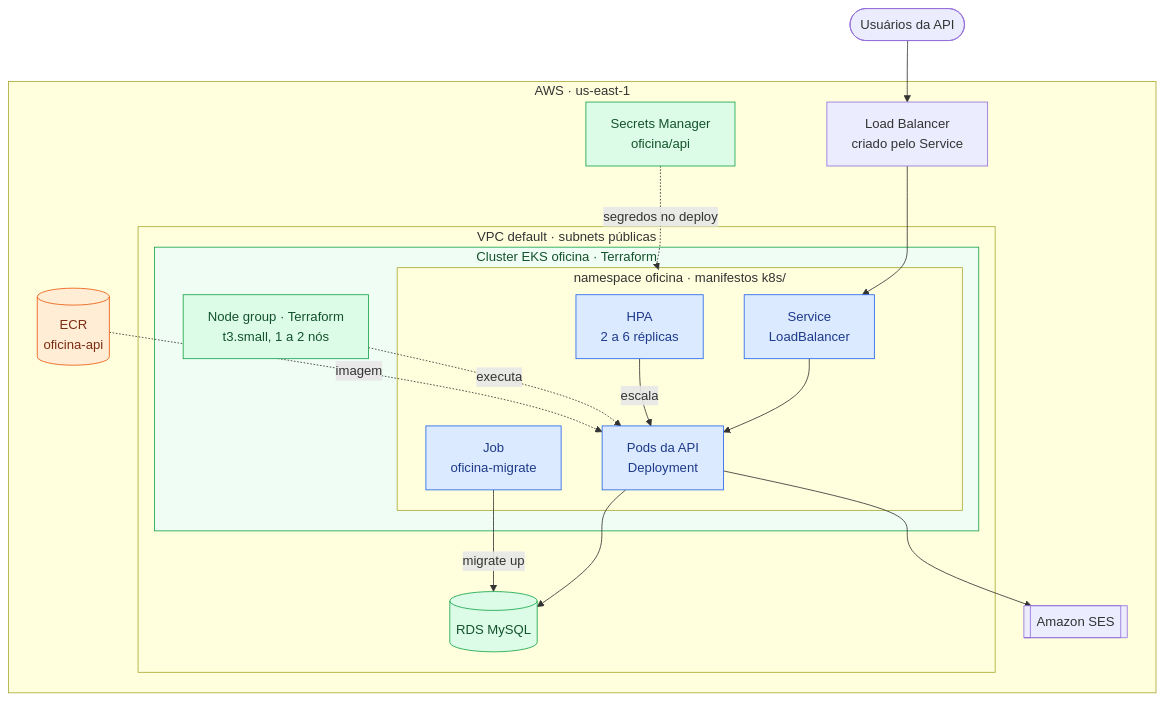
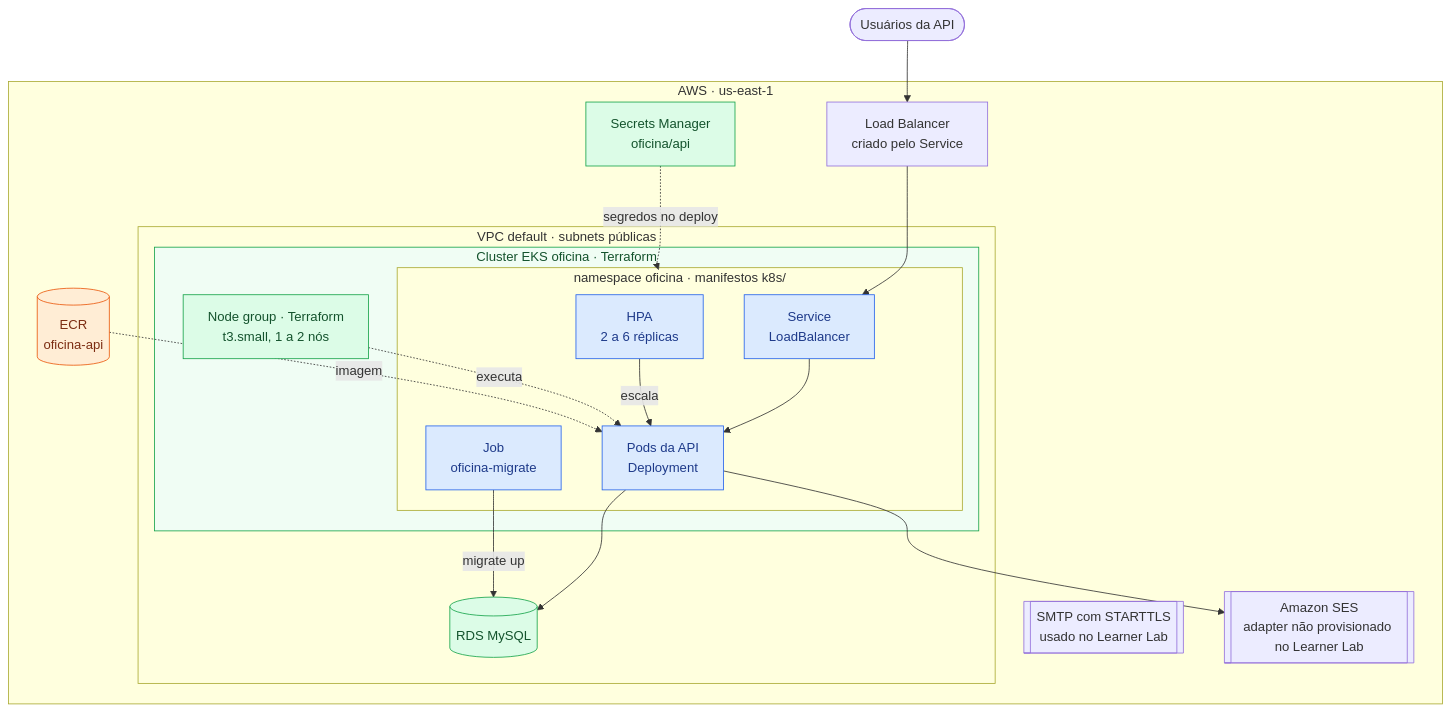
One commit to muriloperosa/soat-architecture changed the third of 4 diagrams in README.md. Above: the diagram before and after it, drawn with Mermaid. The commit also changed other lines of this file and 19 other files, not shown here.

First line of the commit message:
Refactor email sending mechanism to support SMTP; remove SES configuration

````diff
--- a/README.md
+++ b/README.md
@@ -123,44 +124,45 @@
 ```mermaid
 flowchart TB
     usuario(["Usuários da API"]) --> lb
 
     subgraph aws["AWS · us-east-1"]
         lb["Load Balancer<br/>criado pelo Service"]
         ecr[("ECR<br/>oficina-api")]
         sm["Secrets Manager<br/>oficina/api"]
-        ses[["Amazon SES"]]
+        smtp[["SMTP com STARTTLS<br/>usado no Learner Lab"]]
+        ses[["Amazon SES<br/>adapter não provisionado no Learner Lab"]]
 
         subgraph vpc["VPC default · subnets públicas"]
             rds[("RDS MySQL")]
 
             subgraph eks["Cluster EKS oficina · Terraform"]
                 nodes["Node group · Terraform<br/>t3.small, 1 a 2 nós"]
 
                 subgraph ns["namespace oficina · manifestos k8s/"]
                     svc["Service<br/>LoadBalancer"]
                     pods["Pods da API<br/>Deployment"]
                     hpa["HPA<br/>2 a 6 réplicas"]
                     job["Job<br/>oficina-migrate"]
                     svc --> pods
                     hpa -->|escala| pods
                 end
             end
         end
     end
 
     lb --> svc
     nodes -.->|executa| pods
     pods --> rds
     job -->|migrate up| rds
     pods --> ses
     ecr -.->|imagem| pods
     sm -.->|segredos no deploy| ns
 
     classDef terraform fill:#dcfce7,stroke:#16a34a,color:#14532d
     classDef manual fill:#ffedd5,stroke:#ea580c,color:#7c2d12
     classDef k8s fill:#dbeafe,stroke:#2563eb,color:#1e3a8a
     class nodes,rds,sm terraform
     class ecr manual
     class svc,pods,hpa,job k8s
     style eks fill:#f0fdf4,stroke:#16a34a,color:#14532d
 ```
````
